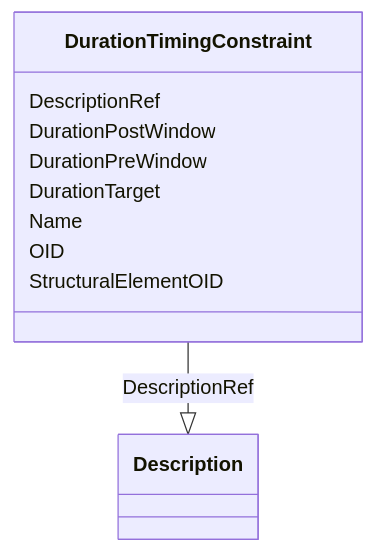
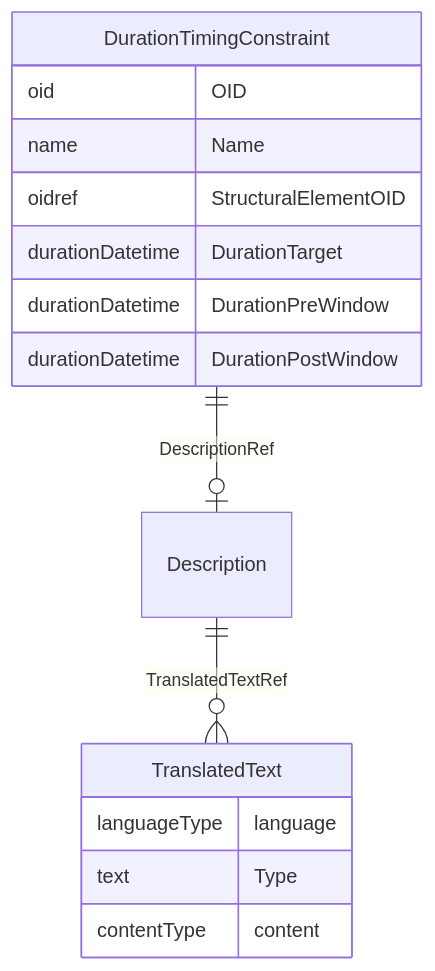
Before and after one commit to cdisc-org/DataExchange-ODM-LinkML: the diagram in docs/DurationTimingConstraint.md, drawn with Mermaid. The commit also changed other lines of this file and 181 other files, not shown here.

Commit message:
ER diagrams working via templates and removing names with underscores

````diff
--- a/docs/DurationTimingConstraint.md
+++ b/docs/DurationTimingConstraint.md
@@ -14,21 +11,23 @@
 ```mermaid
- classDiagram
-    class DurationTimingConstraint
-      DurationTimingConstraint : DescriptionRef
-        
-          DurationTimingConstraint --|> Description : DescriptionRef
-        
-      DurationTimingConstraint : DurationPostWindow
-        
-      DurationTimingConstraint : DurationPreWindow
-        
-      DurationTimingConstraint : DurationTarget
-        
-      DurationTimingConstraint : Name
-        
-      DurationTimingConstraint : OID
-        
-      DurationTimingConstraint : StructuralElementOID
-        
-      
+erDiagram
+DurationTimingConstraint {
+    oid OID  
+    name Name  
+    oidref StructuralElementOID  
+    durationDatetime DurationTarget  
+    durationDatetime DurationPreWindow  
+    durationDatetime DurationPostWindow  
+}
+Description {
+
+}
+TranslatedText {
+    languageType language  
+    text Type  
+    contentType content  
+}
+
+DurationTimingConstraint ||--|o Description : "DescriptionRef"
+Description ||--}o TranslatedText : "TranslatedTextRef"
+
 ```
````
